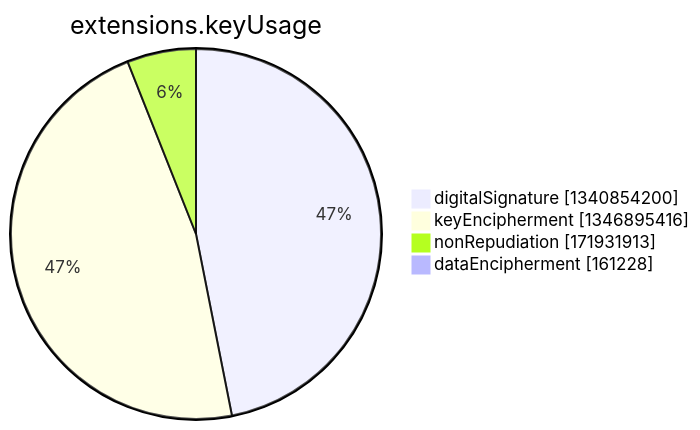
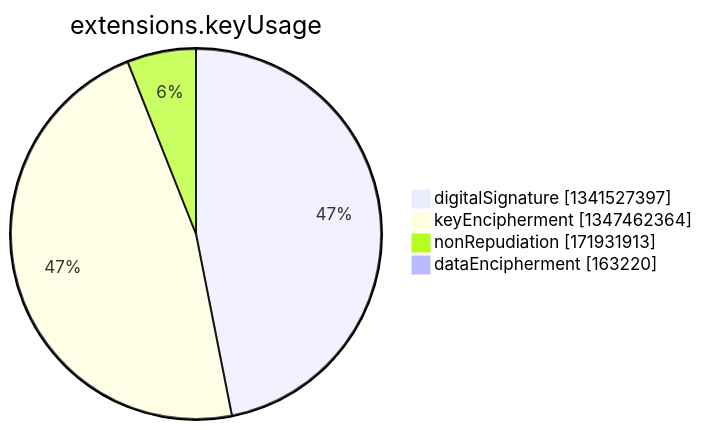
One commit to christiankrug/ctmonitor_visualization changed the seventh of 15 diagrams in argon2022/README.md. Above: the diagram before and after it, drawn with Mermaid. The commit also changed other lines of this file, not shown here.

````diff
--- a/argon2022/README.md
+++ b/argon2022/README.md
@@ -2750,8 +2750,8 @@
 ```mermaid
 pie showData
 title extensions.keyUsage
-"digitalSignature" :1340854200
-"keyEncipherment" :1346895416
+"digitalSignature" :1341527397
+"keyEncipherment" :1347462364
 "nonRepudiation" :171931913
-"dataEncipherment" :161228
+"dataEncipherment" :163220
 ```
````
